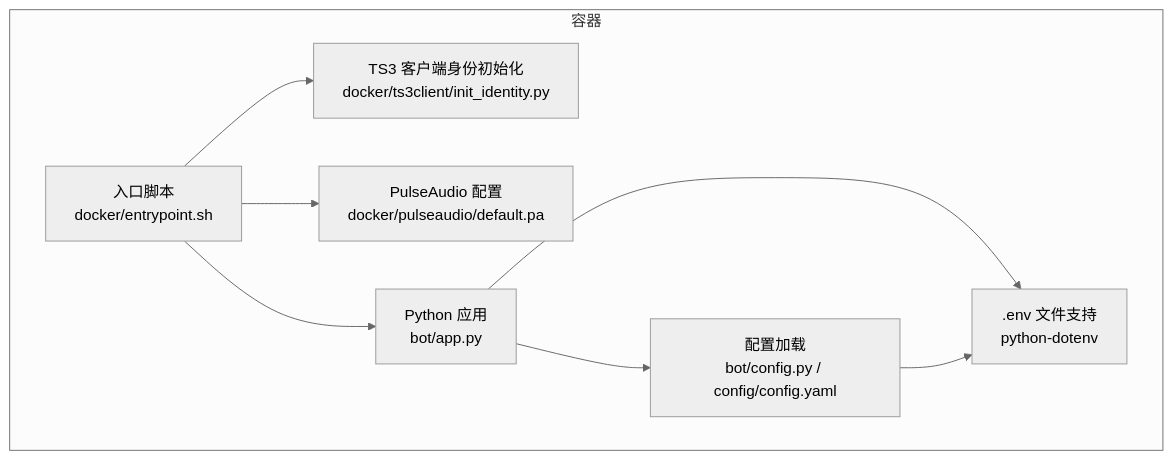
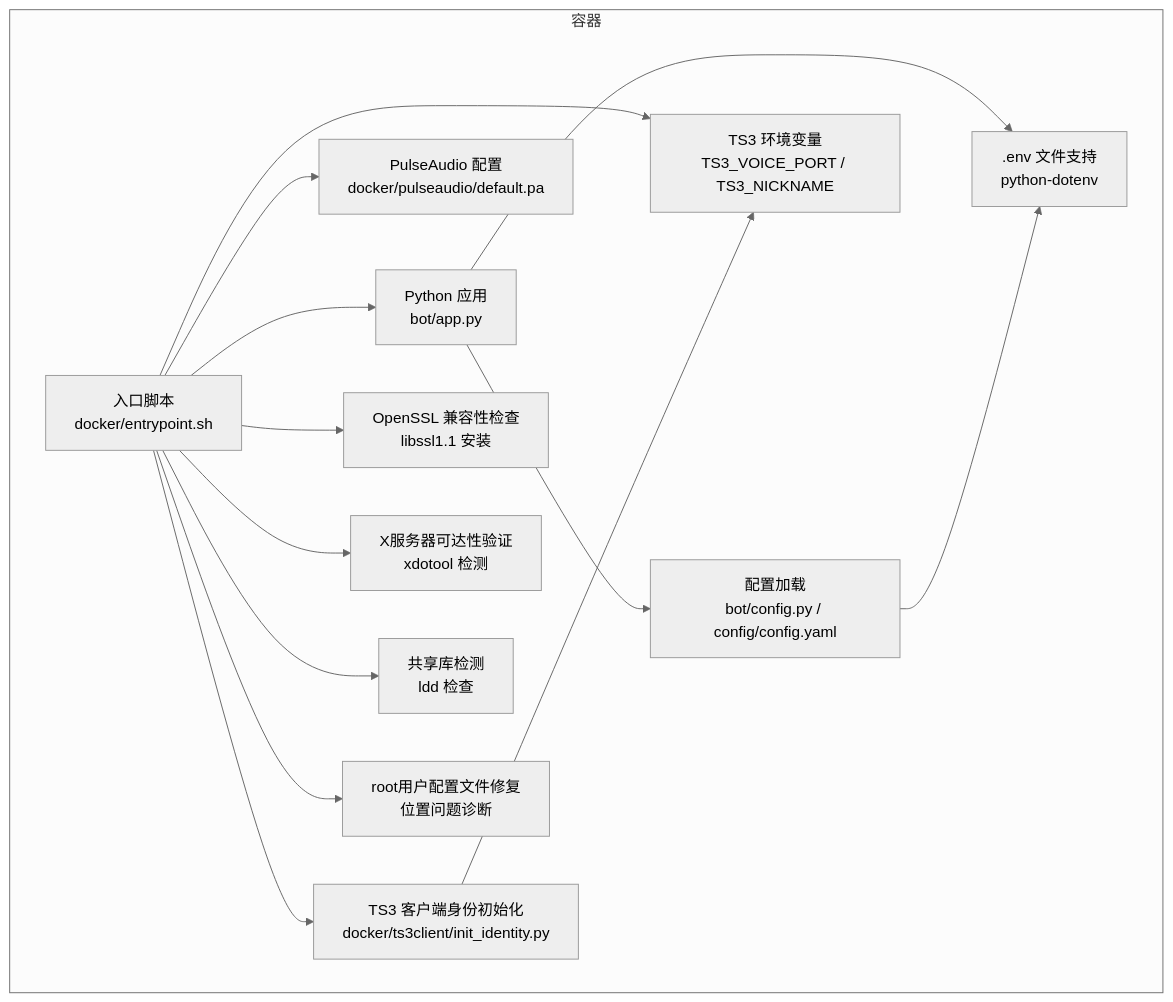
Before and after one commit to GhoulOwl/Teamspeak3_Bot: the first of 8 diagrams in .qoder/repowiki/zh/content/部署和运维/环境配置.md, drawn with Mermaid (neutral theme). The commit also changed other lines of this file and 7 other files, not shown here.

````diff
--- a/.qoder/repowiki/zh/content/部署和运维/环境配置.md
+++ b/.qoder/repowiki/zh/content/部署和运维/环境配置.md
@@ -54,17 +57,28 @@
 ```mermaid
 graph TB
 subgraph "容器"
 EP["入口脚本<br/>docker/entrypoint.sh"]
 PA["PulseAudio 配置<br/>docker/pulseaudio/default.pa"]
 TS3I["TS3 客户端身份初始化<br/>docker/ts3client/init_identity.py"]
 APP["Python 应用<br/>bot/app.py"]
 CFG["配置加载<br/>bot/config.py / config/config.yaml"]
 ENV[".env 文件支持<br/>python-dotenv"]
+TS3ENV["TS3 环境变量<br/>TS3_VOICE_PORT / TS3_NICKNAME"]
+OSSL["OpenSSL 兼容性检查<br/>libssl1.1 安装"]
+XCHECK["X服务器可达性验证<br/>xdotool 检测"]
+LIBCHECK["共享库检测<br/>ldd 检查"]
+ROOTFIX["root用户配置文件修复<br/>位置问题诊断"]
 end
 EP --> TS3I
 EP --> PA
 EP --> APP
 APP --> CFG
 APP --> ENV
 CFG --> ENV
+EP --> TS3ENV
+TS3I --> TS3ENV
+EP --> OSSL
+EP --> XCHECK
+EP --> LIBCHECK
+EP --> ROOTFIX
 ```
````
